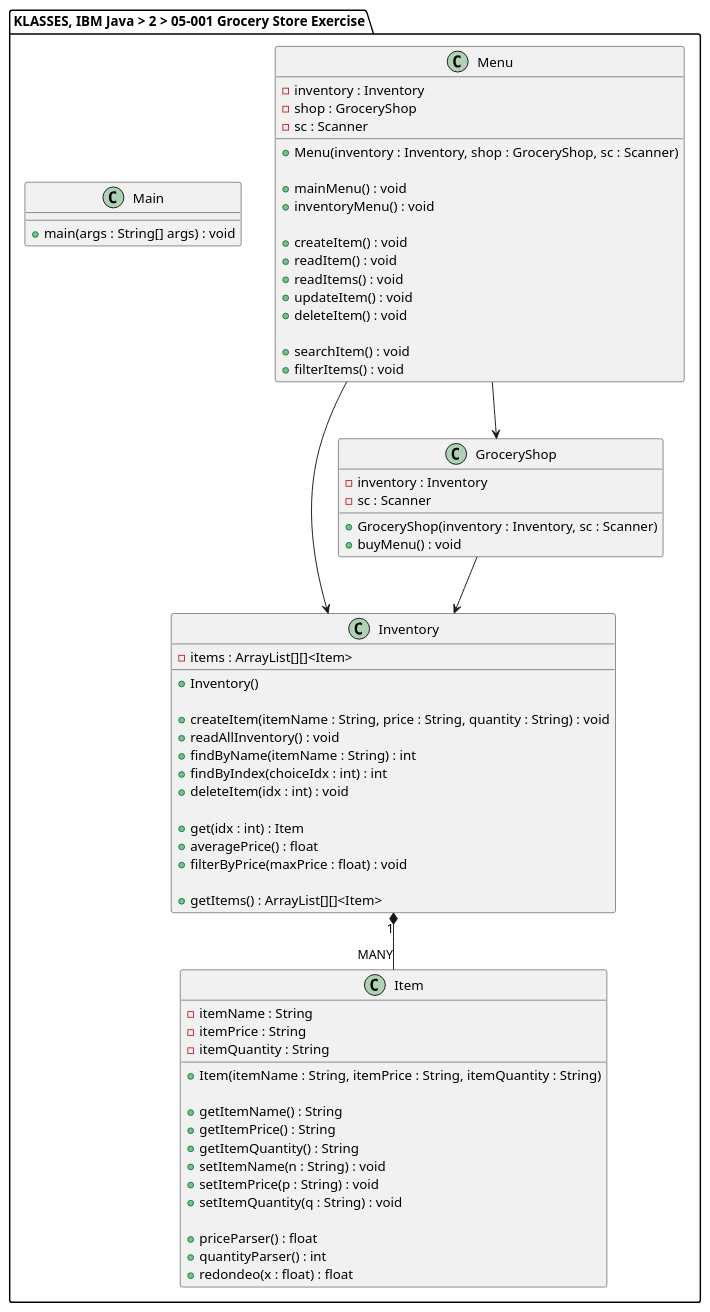
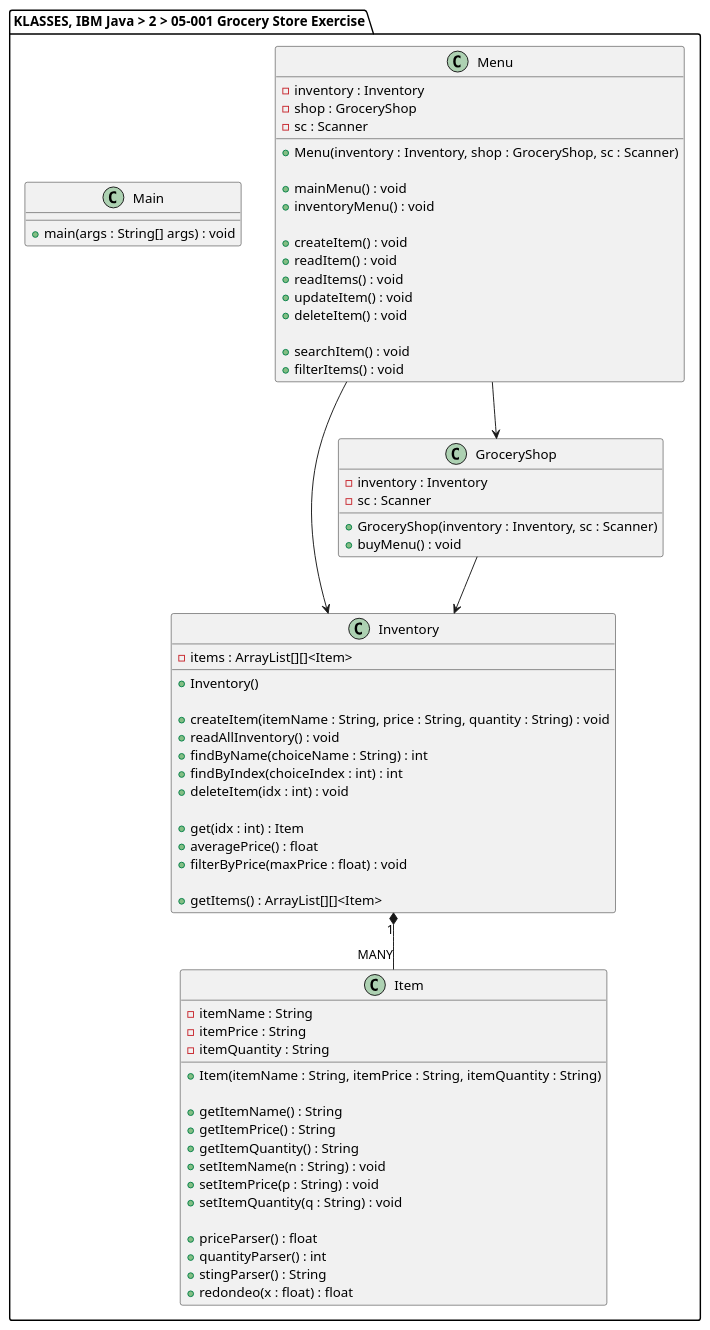
Before and after one commit to alexandrglm/IBM_Java_Certification_Labs-Exercises: the diagram in IBM_Java_Certification_EXERCISE_02-05-001/exercise/klasses.plantuml, drawn with PlantUML. The commit also changed 5 other files, not shown here.

```diff
--- a/IBM_Java_Certification_EXERCISE_02-05-001/exercise/klasses.plantuml
+++ b/IBM_Java_Certification_EXERCISE_02-05-001/exercise/klasses.plantuml
@@ -1,87 +1,88 @@
 @startuml
 
 package "KLASSES, IBM Java > 2 > 05-001 Grocery Store Exercise" {
 
     class Item {
 
         - itemName : String
         - itemPrice : String
         - itemQuantity : String
 
         + Item(itemName : String, itemPrice : String, itemQuantity : String)
 
         + getItemName() : String
         + getItemPrice() : String
         + getItemQuantity() : String
         + setItemName(n : String) : void
         + setItemPrice(p : String) : void
         + setItemQuantity(q : String) : void
 
         + priceParser() : float
         + quantityParser() : int
+        + stingParser() : String
         + redondeo(x : float) : float
     }
 
     class Inventory {
 
         - items : ArrayList[][]<Item>
 
         + Inventory()
 
         + createItem(itemName : String, price : String, quantity : String) : void
         + readAllInventory() : void
-        + findByName(itemName : String) : int
-        + findByIndex(choiceIdx : int) : int
+        + findByName(choiceName : String) : int
+        + findByIndex(choiceIndex : int) : int
         + deleteItem(idx : int) : void
 
         + get(idx : int) : Item
         + averagePrice() : float
         + filterByPrice(maxPrice : float) : void
 
         + getItems() : ArrayList[][]<Item>
     }
 
     class GroceryShop {
 
         - inventory : Inventory
         - sc : Scanner
 
         + GroceryShop(inventory : Inventory, sc : Scanner)
         + buyMenu() : void
     }
 
     class Menu {
 
         - inventory : Inventory
         - shop : GroceryShop
         - sc : Scanner
 
         + Menu(inventory : Inventory, shop : GroceryShop, sc : Scanner)
 
         + mainMenu() : void
         + inventoryMenu() : void
 
         + createItem() : void
         + readItem() : void
         + readItems() : void
         + updateItem() : void
         + deleteItem() : void
 
         + searchItem() : void
         + filterItems() : void
     }
 
 
     class Main {
 
         + main(args : String[] args) : void
 
     }
 
     Inventory "1" *-- "MANY" Item
     GroceryShop --> Inventory
     Menu --> Inventory
     Menu --> GroceryShop
 
 }
 @enduml
```
